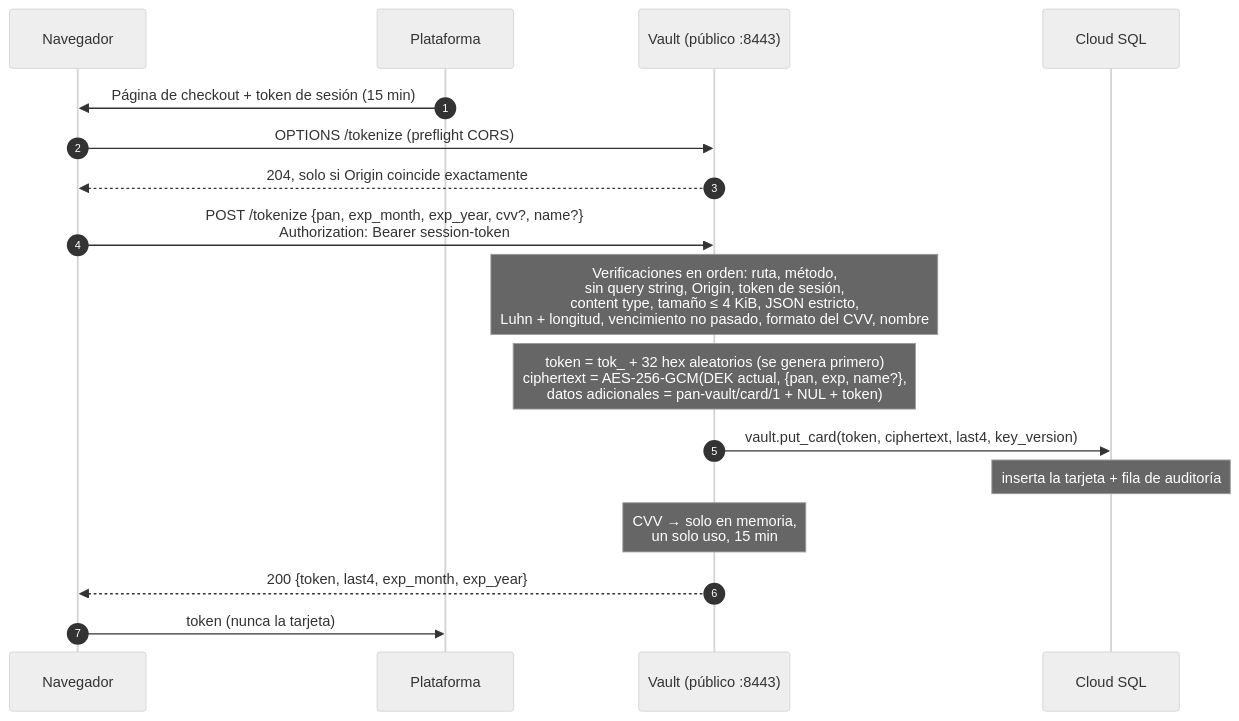
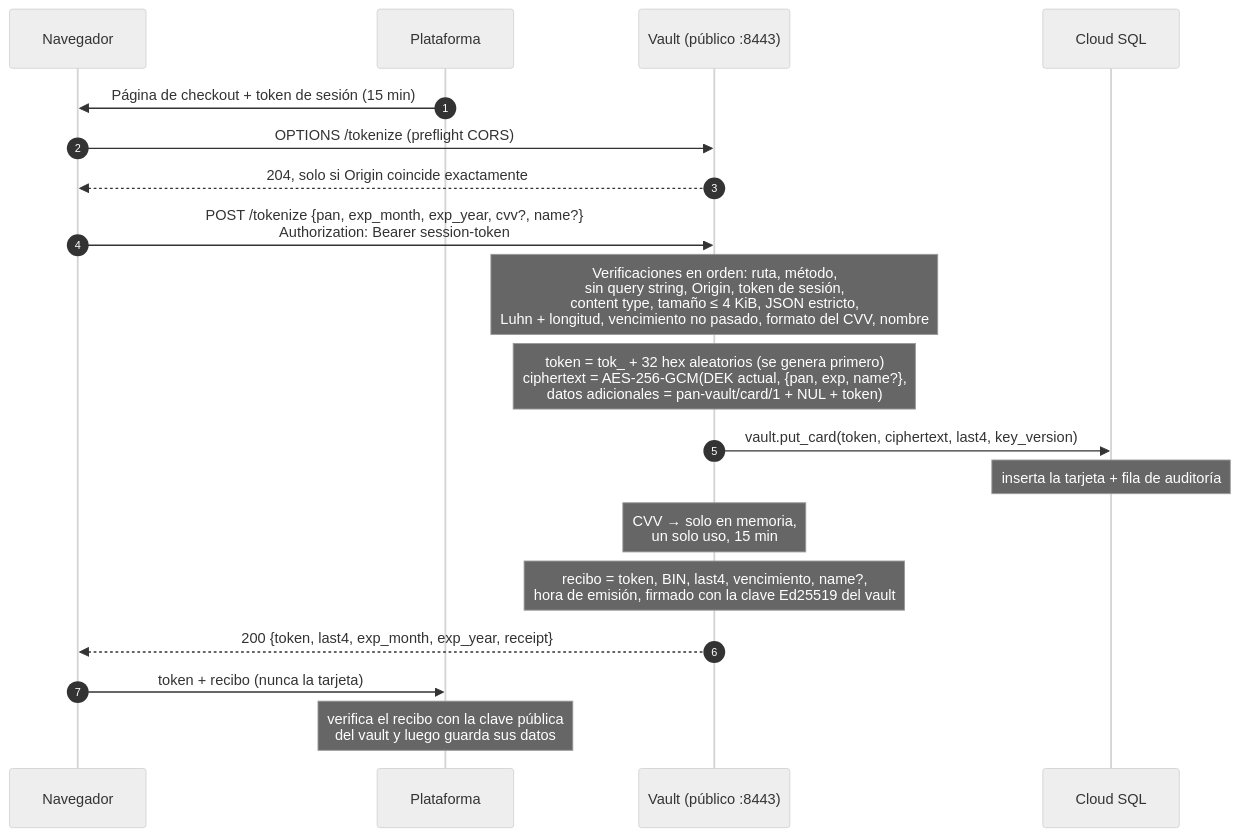
One commit to camcima/tokenizer changed the fifth of 11 diagrams in README.es.md. Above: the diagram before and after it, drawn with Mermaid (neutral theme). The commit also changed other lines of this file and 12 other files, not shown here.

````diff
--- a/README.es.md
+++ b/README.es.md
@@ -292,20 +292,22 @@
 ```mermaid
 sequenceDiagram
     autonumber
     participant B as Navegador
     participant P as Plataforma
     participant V as Vault (público :8443)
     participant DB as Cloud SQL
 
     P->>B: Página de checkout + token de sesión (15 min)
     B->>V: OPTIONS /tokenize (preflight CORS)
     V-->>B: 204, solo si Origin coincide exactamente
     B->>V: POST /tokenize {pan, exp_month, exp_year, cvv?, name?}<br/>Authorization: Bearer session-token
     Note over V: Verificaciones en orden: ruta, método,<br/>sin query string, Origin, token de sesión,<br/>content type, tamaño ≤ 4 KiB, JSON estricto,<br/>Luhn + longitud, vencimiento no pasado, formato del CVV, nombre
     Note over V: token = tok_ + 32 hex aleatorios (se genera primero)<br/>ciphertext = AES-256-GCM(DEK actual, {pan, exp, name?},<br/>datos adicionales = pan-vault/card/1 + NUL + token)
     V->>DB: vault.put_card(token, ciphertext, last4, key_version)
     Note over DB: inserta la tarjeta + fila de auditoría
     Note over V: CVV → solo en memoria,<br/>un solo uso, 15 min
-    V-->>B: 200 {token, last4, exp_month, exp_year}
-    B->>P: token (nunca la tarjeta)
+    Note over V: recibo = token, BIN, last4, vencimiento, name?,<br/>hora de emisión, firmado con la clave Ed25519 del vault
+    V-->>B: 200 {token, last4, exp_month, exp_year, receipt}
+    B->>P: token + recibo (nunca la tarjeta)
+    Note over P: verifica el recibo con la clave pública<br/>del vault y luego guarda sus datos
 ```
````
